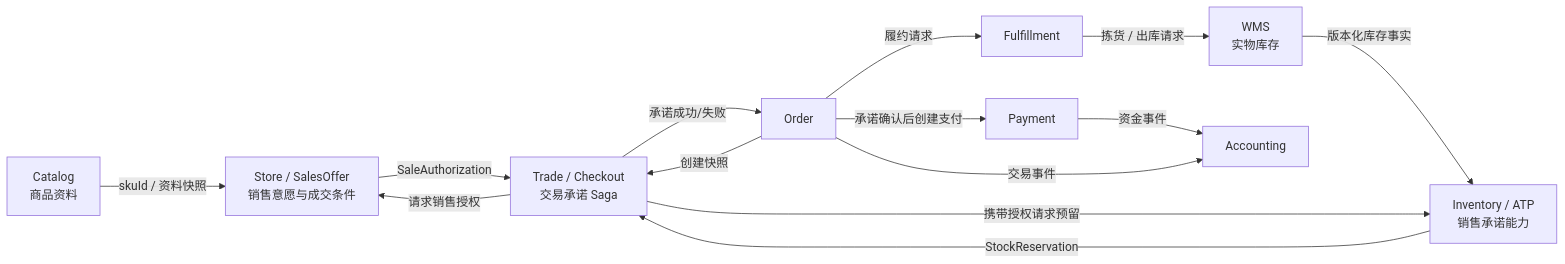
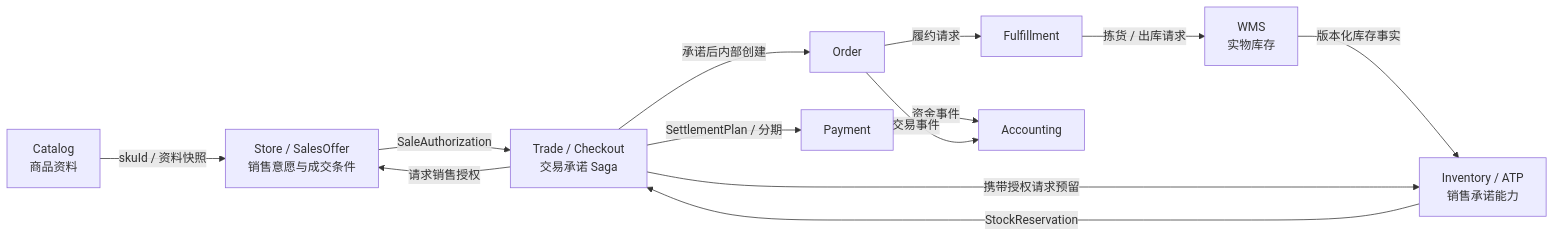
The diagram in docs/domain-modeling.md (ddd-mall/j-store), drawn with Mermaid before and after one commit. The commit also changed other lines of this file and 99 other files, not shown here.

Commit message:
feat(trade): make trade the checkout saga coordinator

````diff
--- a/docs/domain-modeling.md
+++ b/docs/domain-modeling.md
@@ -34,16 +34,15 @@
 ```mermaid
 flowchart LR
     Catalog["Catalog<br/>商品资料"] -->|"skuId / 资料快照"| Offer["Store / SalesOffer<br/>销售意愿与成交条件"]
     WMS["WMS<br/>实物库存"] -->|"版本化库存事实"| ATP["Inventory / ATP<br/>销售承诺能力"]
-    Order["Order"] -->|"创建快照"| Trade["Trade / Checkout<br/>交易承诺 Saga"]
+    Trade["Trade / Checkout<br/>交易承诺 Saga"] -->|"承诺后内部创建"| Order["Order"]
     Trade -->|"请求销售授权"| Offer
     Offer -->|"SaleAuthorization"| Trade
     Trade -->|"携带授权请求预留"| ATP
     ATP -->|"StockReservation"| Trade
-    Trade -->|"承诺成功/失败"| Order
-    Order -->|"承诺确认后创建支付"| Payment["Payment"]
+    Trade -->|"SettlementPlan / 分期"| Payment["Payment"]
     Order -->|"履约请求"| Fulfillment["Fulfillment"]
     Fulfillment -->|"拣货 / 出库请求"| WMS
     Payment -->|"资金事件"| Accounting["Accounting"]
     Order -->|"交易事件"| Accounting
 ```
````
